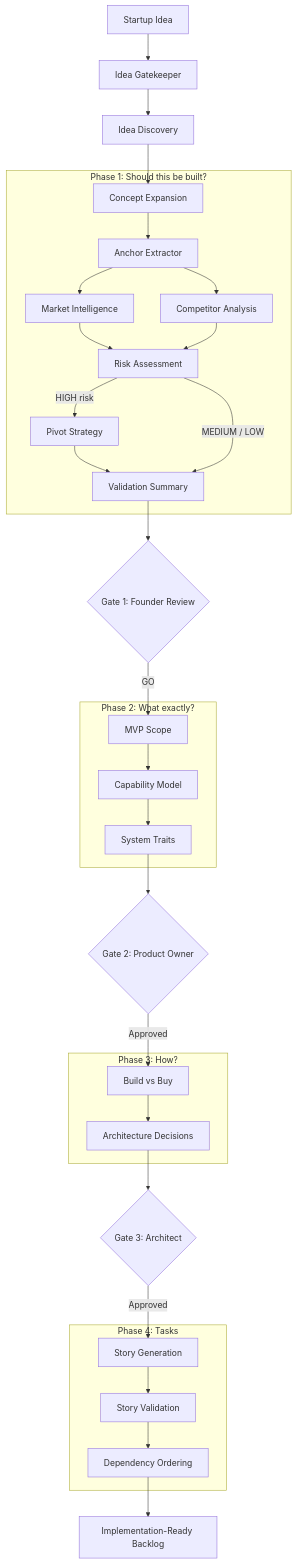
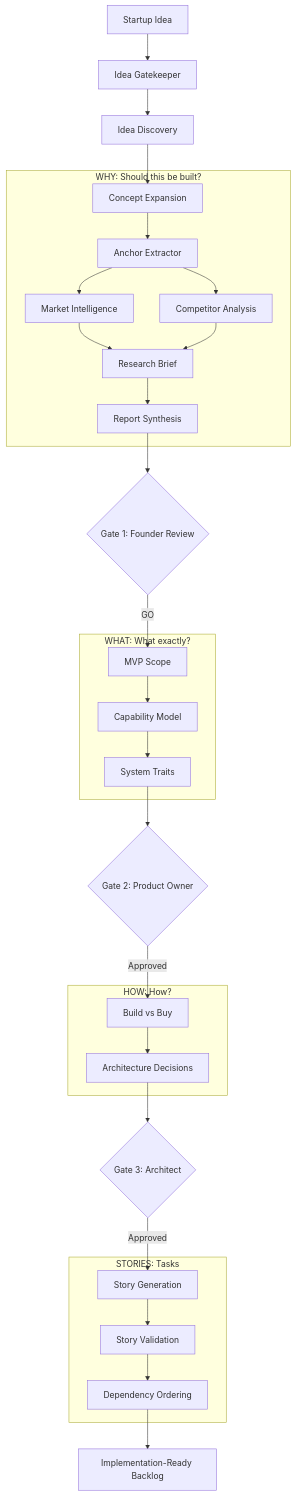
The first of 2 diagrams in docs/how-it-works.md (arslan70/haytham), drawn with Mermaid before and after one commit. The commit also changed other lines of this file and 1 other file, not shown here.

First line of the commit message:
docs: update agents table, pipeline diagram, replace LanceDB with JSON Store (CRIT-03)

````diff
--- a/docs/how-it-works.md
+++ b/docs/how-it-works.md
@@ -16,42 +16,40 @@
 ```mermaid
 flowchart TD
     idea[Startup Idea] --> gatekeeper[Idea Gatekeeper]
     gatekeeper --> discovery[Idea Discovery]
     discovery --> concept[Concept Expansion]
 
-    subgraph phase1["Phase 1: Should this be built?"]
+    subgraph why["WHY: Should this be built?"]
         concept --> anchor[Anchor Extractor]
         anchor --> market[Market Intelligence]
         anchor --> competitor[Competitor Analysis]
-        market --> risk[Risk Assessment]
-        competitor --> risk
-        risk -->|HIGH risk| pivot[Pivot Strategy]
-        pivot --> summary[Validation Summary]
-        risk -->|MEDIUM / LOW| summary
+        market --> brief[Research Brief]
+        competitor --> brief
+        brief --> synthesis[Report Synthesis]
     end
 
-    summary --> gate1{Gate 1: Founder Review}
+    synthesis --> gate1{Gate 1: Founder Review}
     gate1 -->|GO| mvp
 
-    subgraph phase2["Phase 2: What exactly?"]
+    subgraph what["WHAT: What exactly?"]
         mvp[MVP Scope] --> capability[Capability Model]
         capability --> traits[System Traits]
     end
 
     traits --> gate2{Gate 2: Product Owner}
     gate2 -->|Approved| build_buy
 
-    subgraph phase3["Phase 3: How?"]
+    subgraph how["HOW: How?"]
         build_buy[Build vs Buy] --> arch[Architecture Decisions]
     end
 
     arch --> gate3{Gate 3: Architect}
     gate3 -->|Approved| stories
 
-    subgraph phase4["Phase 4: Tasks"]
+    subgraph stories_phase["STORIES: Tasks"]
         stories[Story Generation] --> story_val[Story Validation]
         story_val --> ordering[Dependency Ordering]
     end
 
     ordering --> output[Implementation-Ready Backlog]
 ```
````
